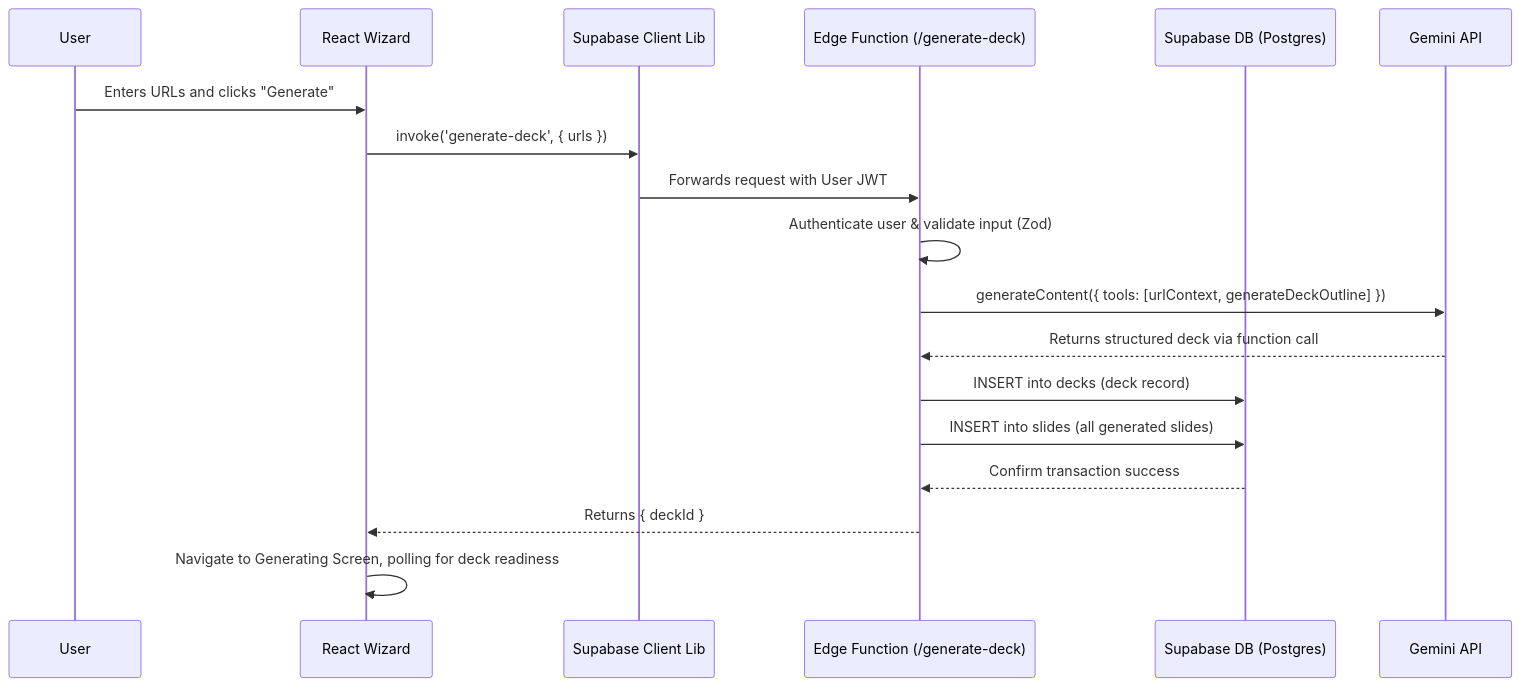
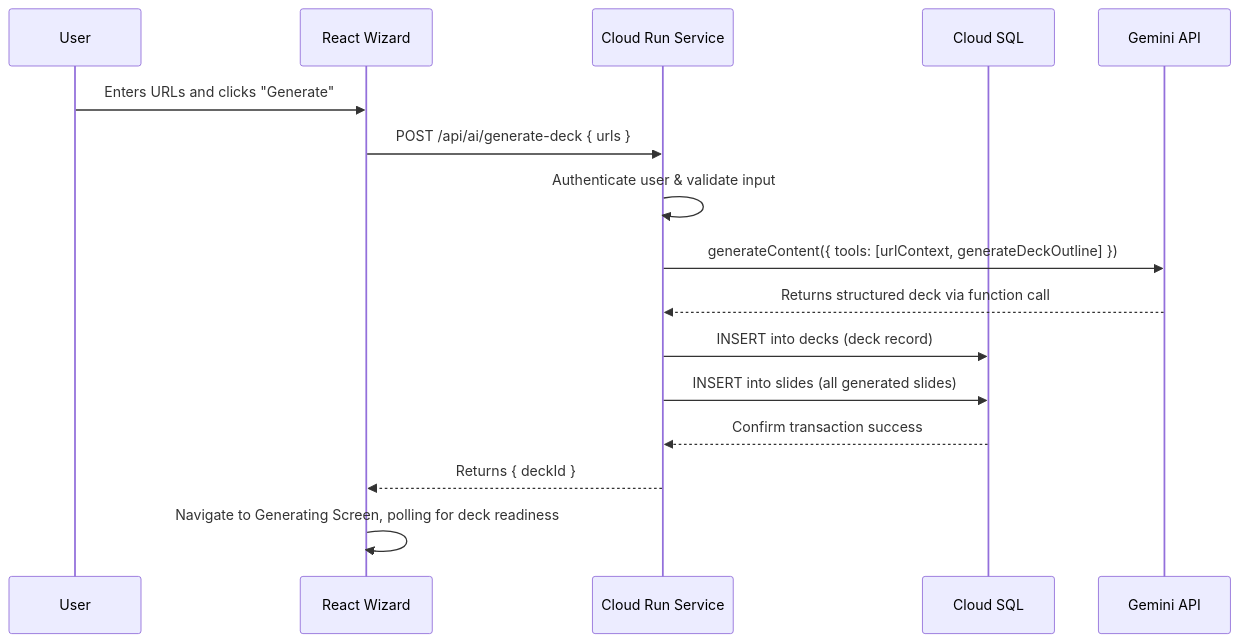
The diagram in docs/42-wizard-plan.md (amo-tech-ai/sun100), drawn with Mermaid before and after one commit. The commit also changed other lines of this file and 65 other files, not shown here.

````diff
--- a/docs/42-wizard-plan.md
+++ b/docs/42-wizard-plan.md
@@ -52,21 +51,19 @@
 ```mermaid
 sequenceDiagram
     participant User
     participant Client as React Wizard
-    participant Supabase as Supabase Client Lib
-    participant Edge as Edge Function (/generate-deck)
-    participant DB as Supabase DB (Postgres)
+    participant Backend as Cloud Run Service
+    participant DB as Cloud SQL
     participant Gemini as Gemini API
 
     User->>Client: Enters URLs and clicks "Generate"
-    Client->>Supabase: invoke('generate-deck', { urls })
-    Supabase->>Edge: Forwards request with User JWT
-    Edge->>Edge: Authenticate user & validate input (Zod)
-    Edge->>Gemini: generateContent({ tools: [urlContext, generateDeckOutline] })
-    Gemini-->>Edge: Returns structured deck via function call
-    Edge->>DB: INSERT into decks (deck record)
-    Edge->>DB: INSERT into slides (all generated slides)
-    DB-->>Edge: Confirm transaction success
-    Edge-->>Client: Returns { deckId }
+    Client->>Backend: POST /api/ai/generate-deck { urls }
+    Backend->>Backend: Authenticate user & validate input
+    Backend->>Gemini: generateContent({ tools: [urlContext, generateDeckOutline] })
+    Gemini-->>Backend: Returns structured deck via function call
+    Backend->>DB: INSERT into decks (deck record)
+    Backend->>DB: INSERT into slides (all generated slides)
+    DB-->>Backend: Confirm transaction success
+    Backend-->>Client: Returns { deckId }
     Client->>Client: Navigate to Generating Screen, polling for deck readiness
 ```
````
